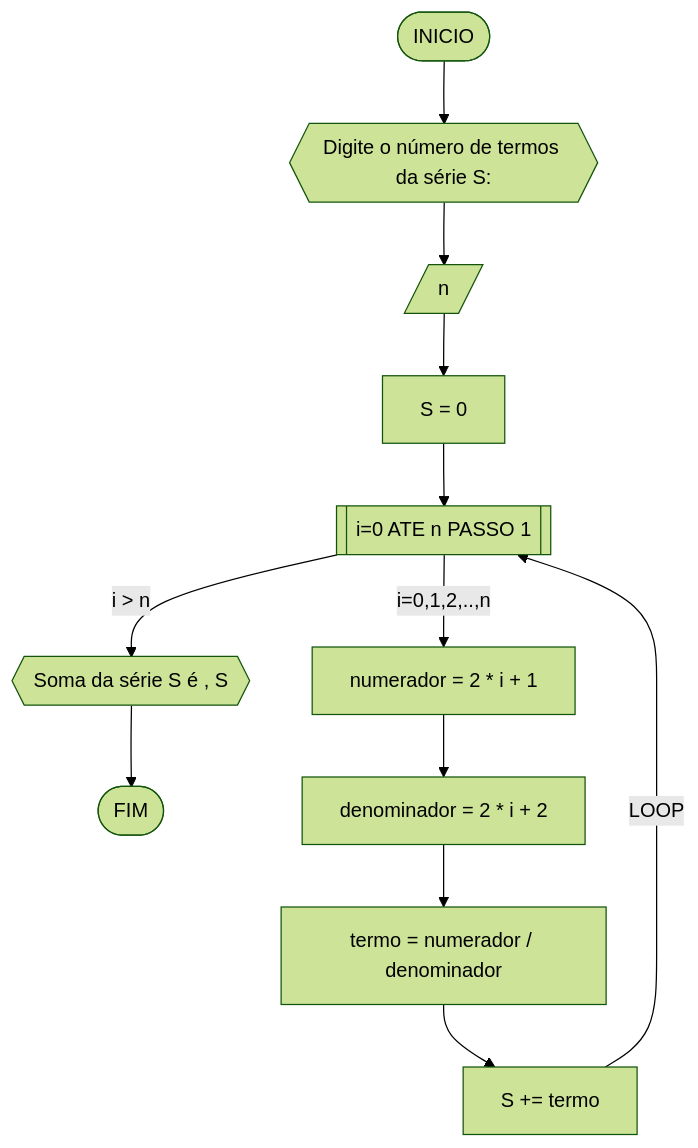
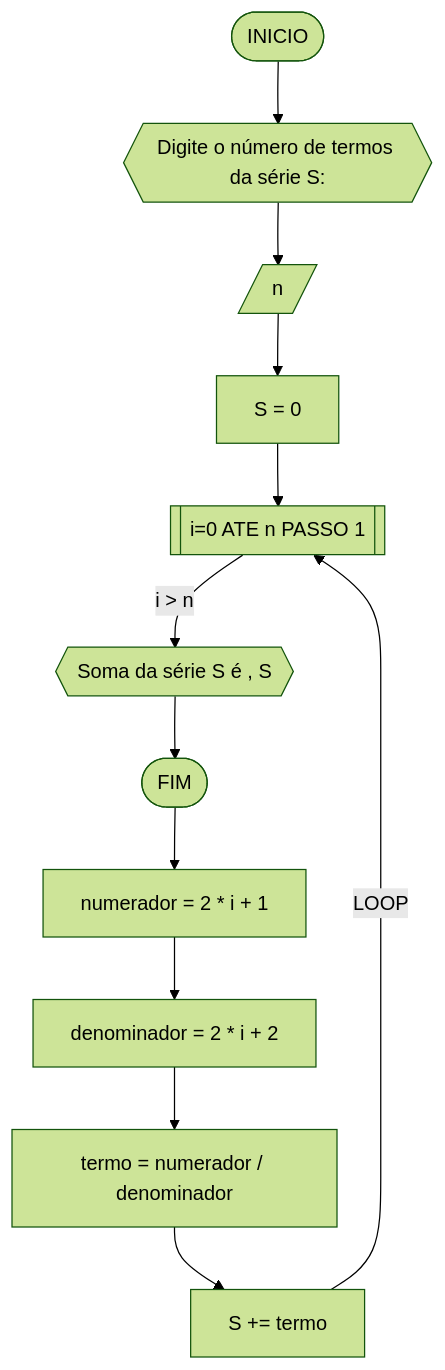
One commit to luc2a0/unifor changed the third of 5 diagrams in RLA/unidade1/AD1.md. Above: the diagram before and after it, drawn with Mermaid (forest theme). The commit also changed other lines of this file, not shown here.

````diff
--- a/RLA/unidade1/AD1.md
+++ b/RLA/unidade1/AD1.md
@@ -213,14 +213,14 @@
 ```mermaid
 flowchart TD
 A([INICIO]) --> B{{Digite o número de termos da série S: }}
 B --> C[/n/]
 C --> D[S = 0]
 D --> E[[i=0 ATE n PASSO 1]]
 E --i > n--> J{{"Soma da série S é ", S}}
 J --> K([FIM])
-E --"i=0,1,2,..,n"--> F[numerador = 2 * i + 1]
+--> F[numerador = 2 * i + 1]
 F --> G[denominador = 2 * i + 2]
 G --> H[termo = numerador / denominador]
 H --> I[S += termo]
 I --LOOP--> E
 ```
````
